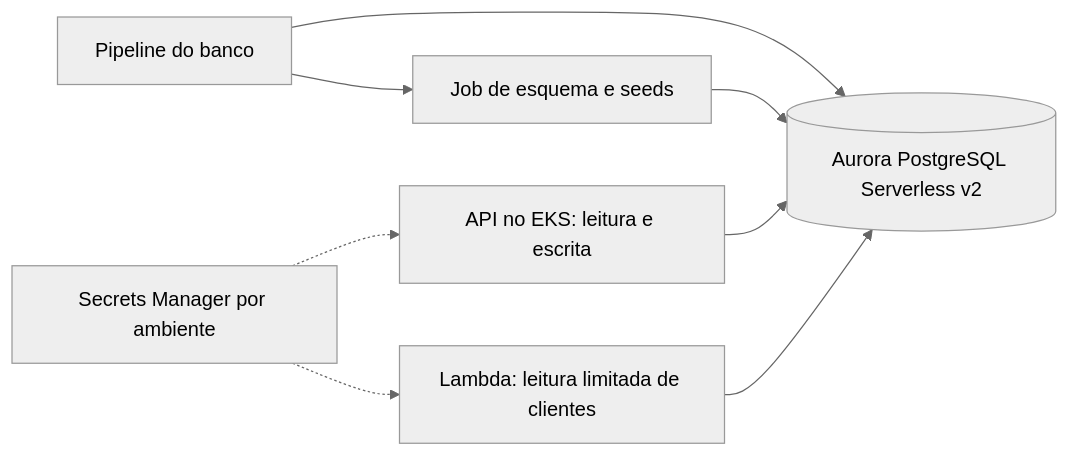
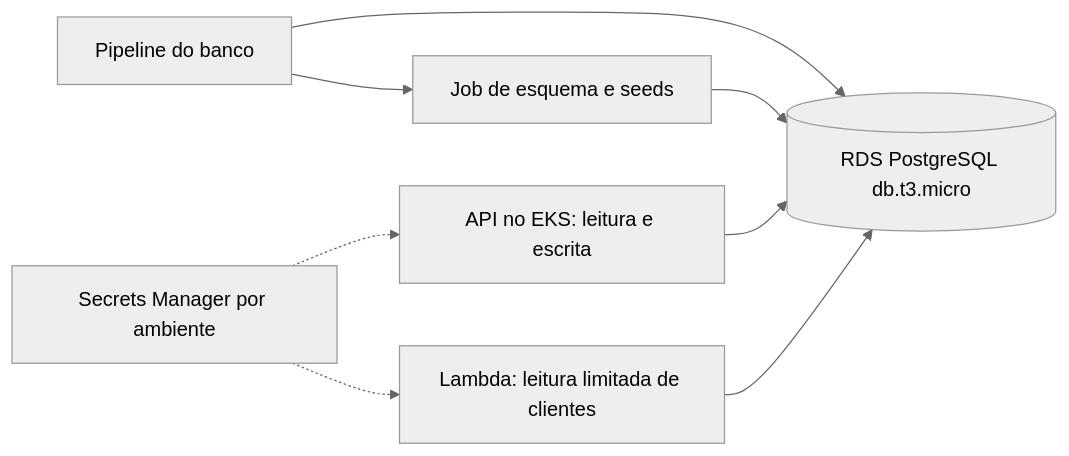
The diagram in README.md (pknfelps/GerenciamentoMecanicaBancoDados), drawn with Mermaid (neutral theme) before and after one commit. The commit also changed other lines of this file and 8 other files, not shown here.

Commit message:
Migrada infra do Aurora para Rds

````diff
--- a/README.md
+++ b/README.md
@@ -23,10 +23,10 @@
 ```mermaid
 flowchart LR
-    PIPE["Pipeline do banco"] --> AURORA[("Aurora PostgreSQL Serverless v2")]
+    PIPE["Pipeline do banco"] --> RDS[("RDS PostgreSQL db.t3.micro")]
     PIPE --> JOB["Job de esquema e seeds"]
-    JOB --> AURORA
-    API["API no EKS: leitura e escrita"] --> AURORA
-    AUTH["Lambda: leitura limitada de clientes"] --> AURORA
+    JOB --> RDS
+    API["API no EKS: leitura e escrita"] --> RDS
+    AUTH["Lambda: leitura limitada de clientes"] --> RDS
     SECRETS["Secrets Manager por ambiente"] -.-> API
     SECRETS -.-> AUTH
 ```
````
